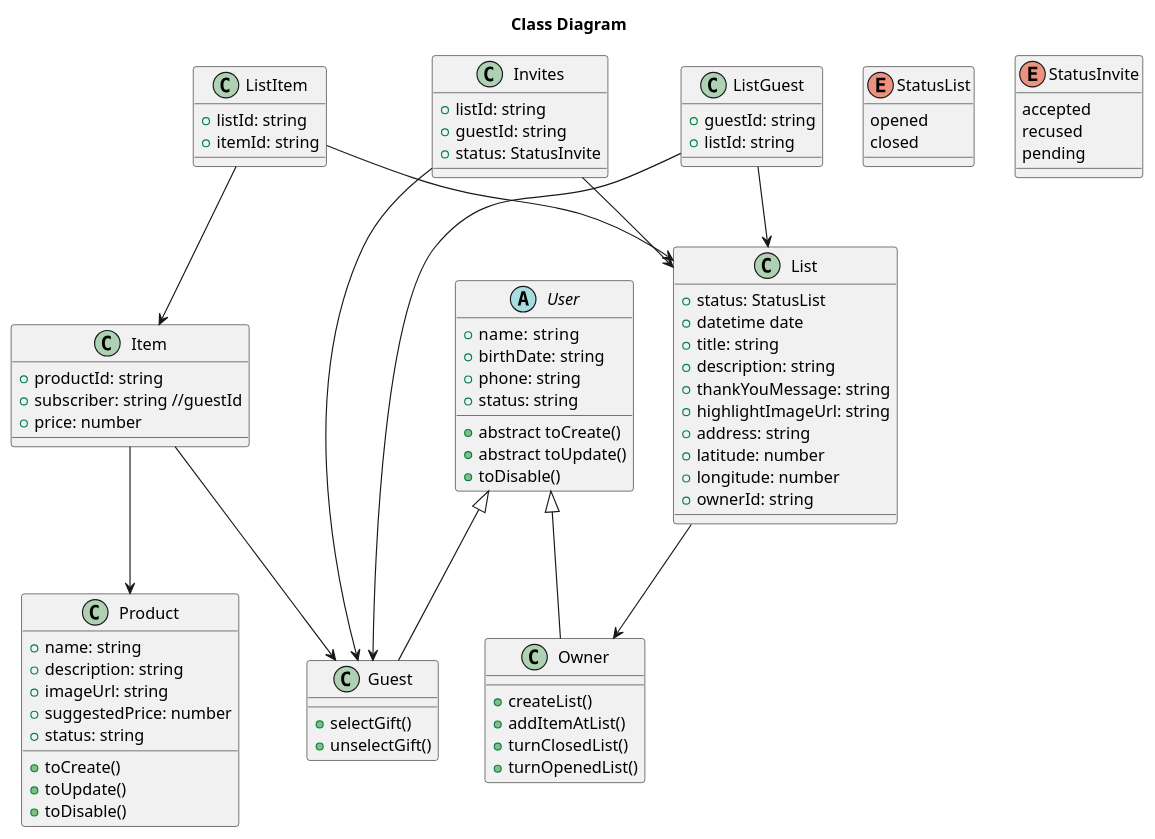
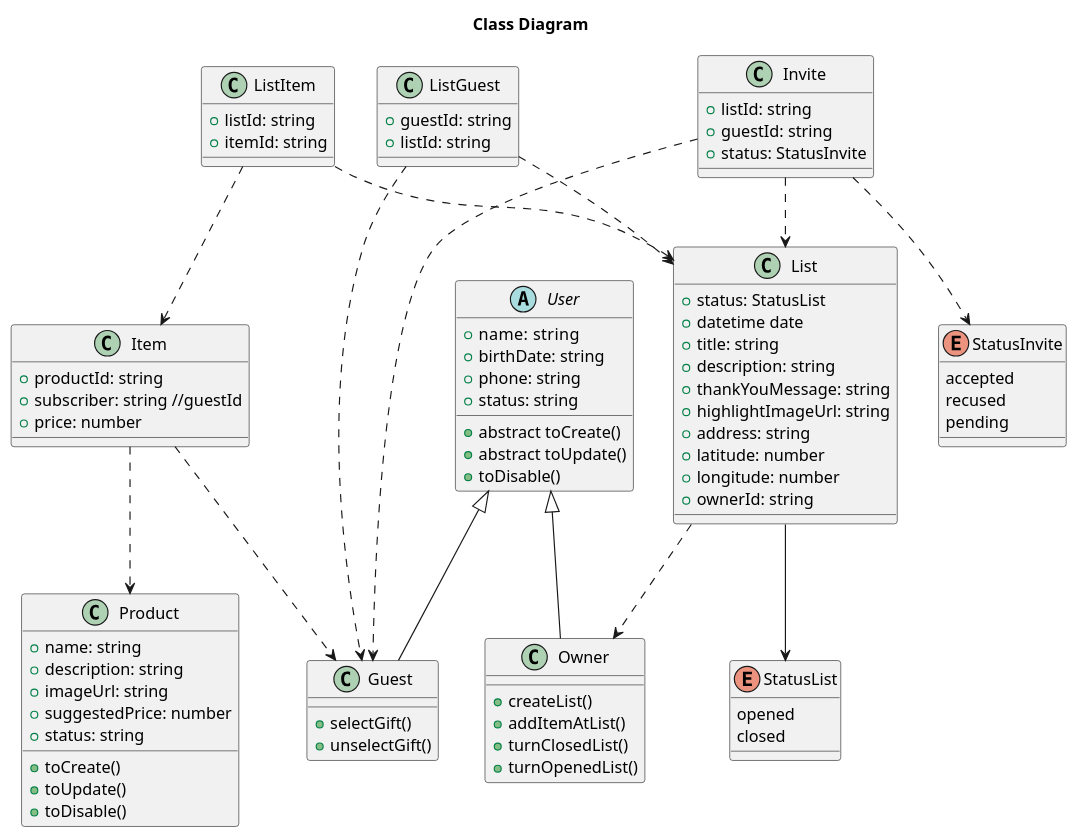
Before and after one commit to tech-mage2-0/open-house-list: the diagram in docs/diagrams/src/classDiagram.wsd, drawn with PlantUML. The commit also changed 9 other files, not shown here.

```diff
--- a/docs/diagrams/src/classDiagram.wsd
+++ b/docs/diagrams/src/classDiagram.wsd
@@ -1,95 +1,97 @@
 @startuml Open House List
 
 title Class Diagram
 
 abstract class User {
   + name:  string
   + birthDate: string
   + phone: string
   + status: string
   + abstract toCreate()
   + abstract toUpdate()
   + toDisable()
 }
 
 class Guest extends User {
   + selectGift()
   + unselectGift()
 }
 
 class Owner extends User {
   + createList()
   + addItemAtList()
   + turnClosedList()
   + turnOpenedList()
 }
 
 class Product {
   + name: string
   + description: string
   + imageUrl: string
   + suggestedPrice: number
   + status: string
   + toCreate()
   + toUpdate()
   + toDisable()
 }
 
 class Item {
   + productId: string
   + subscriber: string //guestId
   + price: number
 }
 
 enum StatusList {
   opened
   closed
 }
 
 class List {
   + status: StatusList
   + datetime date
   + title: string
   + description: string
   + thankYouMessage: string
   + highlightImageUrl: string
   + address: string
   + latitude: number
   + longitude: number
   + ownerId: string
 }
 
 class ListGuest {
   + guestId: string
   + listId: string
 }
 
 class ListItem {
   + listId: string
   + itemId: string
 }
 
 enum StatusInvite {
   accepted
   recused
   pending
 }
 
-class Invites {
+class Invite {
   + listId: string
   + guestId: string
   + status: StatusInvite
 }
 
-ListGuest --> List
-ListGuest --> Guest
-Item --> Product
-ListItem --> Item
-ListItem --> List
-List --> Owner
-Invites --> List
-Invites --> Guest
-Item --> Guest
+ListGuest ..> List
+ListGuest ..> Guest
+Item ..> Product
+ListItem ..> Item
+ListItem ..> List
+List ..> Owner
+List --> StatusList
+Invite ..> List
+Invite ..> Guest
+Invite ..> StatusInvite
+Item ..> Guest
 
 
 @enduml
```
